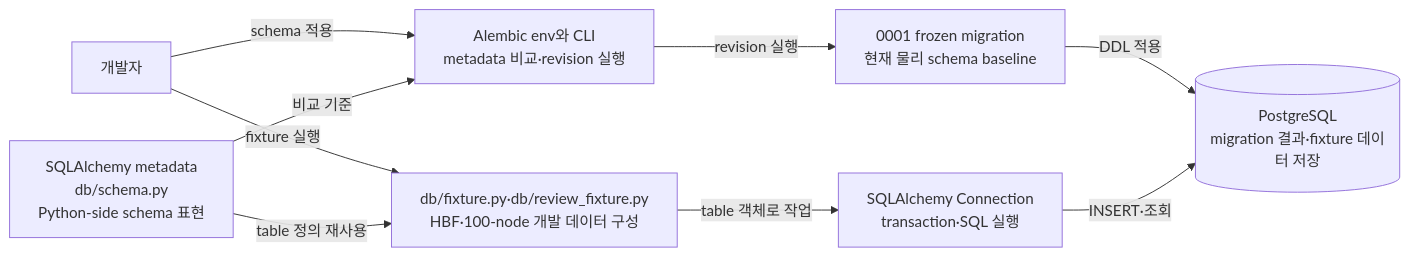
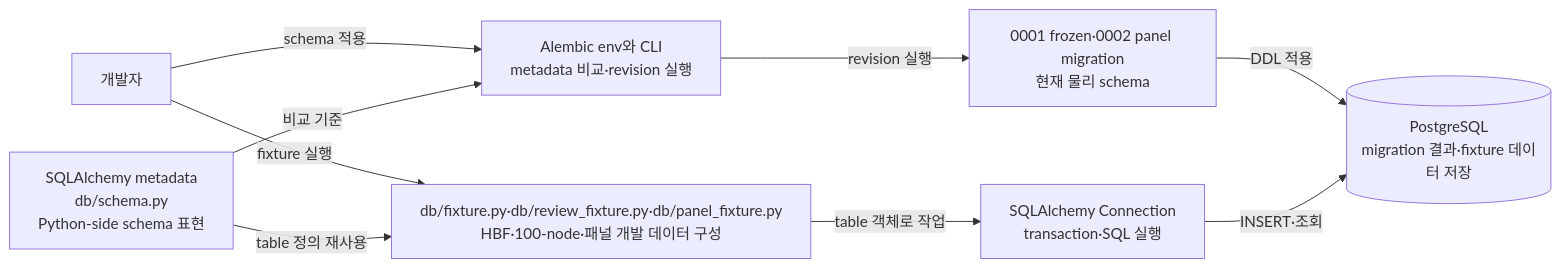
The fourth of 4 diagrams in docs/architecture/README.md (studylida/ontology-map), drawn with Mermaid before and after one commit. The commit also changed other lines of this file and 3 other files, not shown here.

````diff
--- a/docs/architecture/README.md
+++ b/docs/architecture/README.md
@@ -79,14 +79,14 @@
 ```mermaid
 flowchart LR
     Developer[개발자]
     Metadata[SQLAlchemy metadata<br/>db/schema.py<br/>Python-side schema 표현]
     Alembic[Alembic env와 CLI<br/>metadata 비교·revision 실행]
-    Migration[0001 frozen migration<br/>현재 물리 schema baseline]
-    Fixture[db/fixture.py·db/review_fixture.py<br/>HBF·100-node 개발 데이터 구성]
+    Migration[0001 frozen·0002 panel migration<br/>현재 물리 schema]
+    Fixture[db/fixture.py·db/review_fixture.py·db/panel_fixture.py<br/>HBF·100-node·패널 개발 데이터 구성]
     Connection[SQLAlchemy Connection<br/>transaction·SQL 실행]
     DB[(PostgreSQL<br/>migration 결과·fixture 데이터 저장)]
     Developer -->|schema 적용| Alembic -->|revision 실행| Migration -->|DDL 적용| DB
     Metadata -->|비교 기준| Alembic
     Developer -->|fixture 실행| Fixture -->|table 객체로 작업| Connection -->|INSERT·조회| DB
     Metadata -->|table 정의 재사용| Fixture
 ```
````
